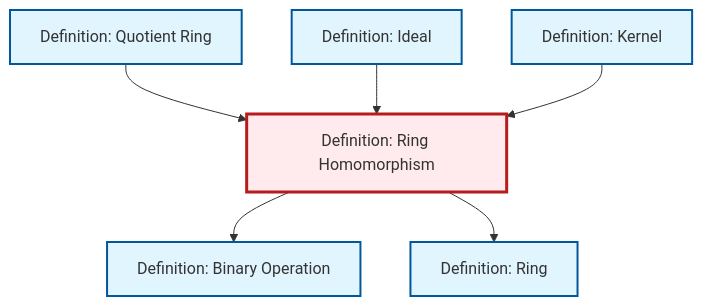
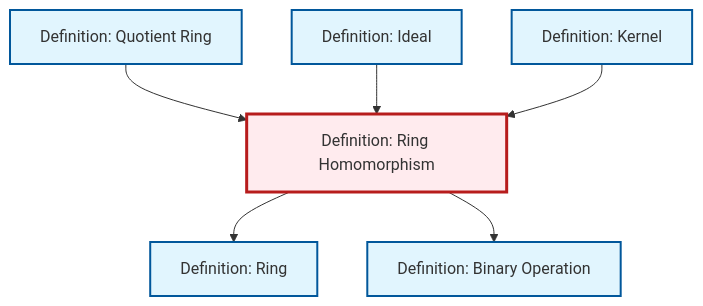
One commit to RK0429/ModernMath changed the diagram in content/en/algebra/def-ring-homomorphism.qmd. Above: the diagram before and after it, drawn with Mermaid. The commit also changed other lines of this file and 1012 other files, not shown here.

````diff
--- a/content/en/algebra/def-ring-homomorphism.qmd
+++ b/content/en/algebra/def-ring-homomorphism.qmd
@@ -86,26 +86,26 @@
 ```{mermaid}
 %%| fig-cap: "Local dependency graph"
 graph TD
     classDef definition fill:#e1f5fe,stroke:#01579b,stroke-width:2px
     classDef theorem fill:#f3e5f5,stroke:#4a148c,stroke-width:2px
     classDef axiom fill:#fff3e0,stroke:#e65100,stroke-width:2px
     classDef example fill:#e8f5e9,stroke:#1b5e20,stroke-width:2px
     classDef current fill:#ffebee,stroke:#b71c1c,stroke-width:3px
-    def-ideal["Definition: Ideal"]:::definition
+    def-kernel["Definition: Kernel"]:::definition
+    def-ring-homomorphism["Definition: Ring Homomorphism"]:::definition
+    def-ring["Definition: Ring"]:::definition
     def-binary-operation["Definition: Binary Operation"]:::definition
     def-quotient-ring["Definition: Quotient Ring"]:::definition
-    def-ring-homomorphism["Definition: Ring Homomorphism"]:::definition
-    def-ring["Definition: Ring"]:::definition
-    def-kernel["Definition: Kernel"]:::definition
+    def-ideal["Definition: Ideal"]:::definition
     def-quotient-ring --> def-ring-homomorphism
+    def-ideal --> def-ring-homomorphism
+    def-ring-homomorphism --> def-ring
+    def-kernel --> def-ring-homomorphism
     def-ring-homomorphism --> def-binary-operation
-    def-ideal --> def-ring-homomorphism
-    def-kernel --> def-ring-homomorphism
-    def-ring-homomorphism --> def-ring
     class def-ring-homomorphism current
-    click def-ideal "def-ideal.html" "Go to Ideal definition"
+    click def-kernel "def-kernel.html" "Go to Kernel definition"
+    click def-ring "def-ring.html" "Go to Ring definition"
     click def-binary-operation "def-binary-operation.html" "Go to Binary Operation definition"
     click def-quotient-ring "def-quotient-ring.html" "Go to Quotient Ring definition"
-    click def-ring "def-ring.html" "Go to Ring definition"
-    click def-kernel "def-kernel.html" "Go to Kernel definition"
+    click def-ideal "def-ideal.html" "Go to Ideal definition"
 ```
````
